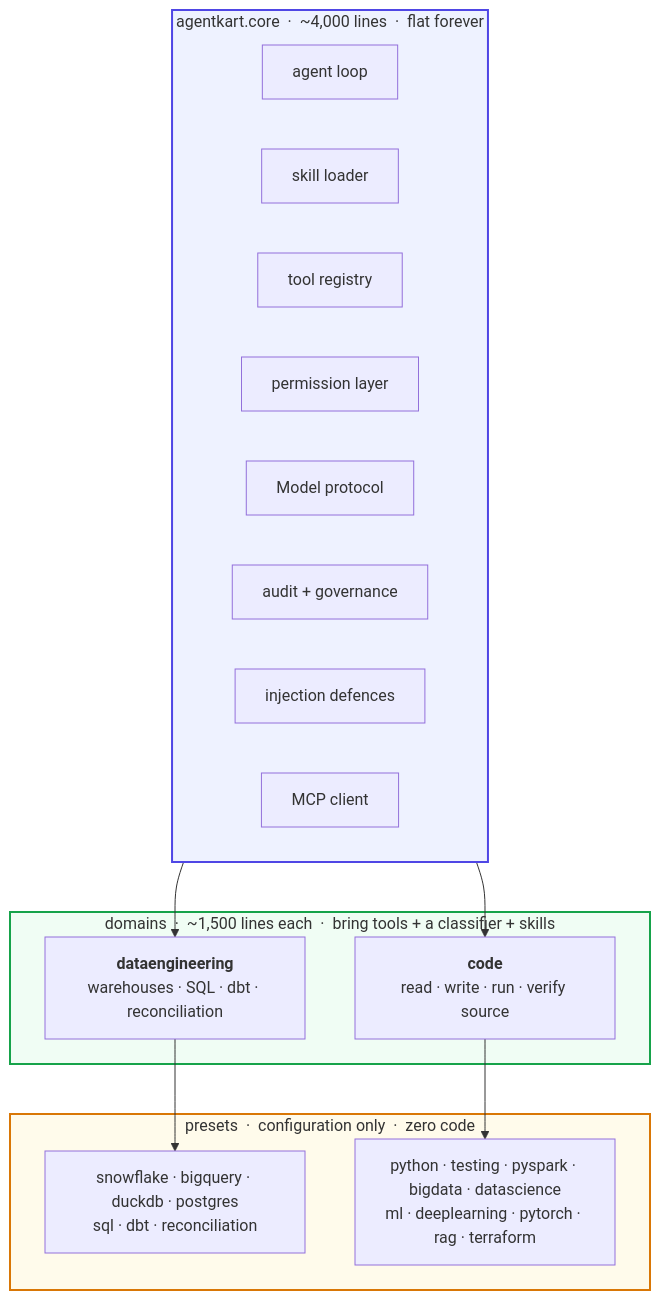
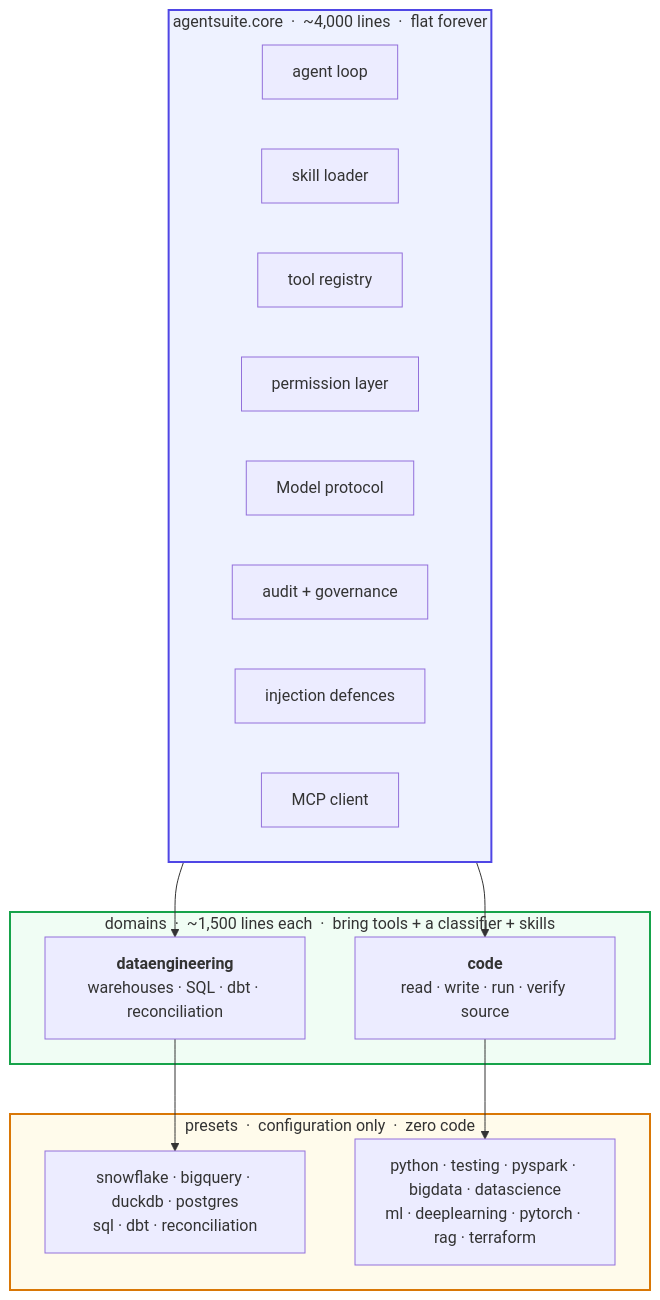
One commit to sumit-gupta03/agentsuite changed the first of 7 diagrams in README.md. Above: the diagram before and after it, drawn with Mermaid. The commit also changed other lines of this file and 130 other files, not shown here.

First line of the commit message:
Rename the package from agentkart to agentsuite

````diff
--- a/README.md
+++ b/README.md
@@ -50,32 +50,32 @@
 ```mermaid
 graph TD
-    subgraph core["agentkart.core &nbsp;·&nbsp; ~4,000 lines &nbsp;·&nbsp; flat forever"]
+    subgraph core["agentsuite.core &nbsp;·&nbsp; ~4,000 lines &nbsp;·&nbsp; flat forever"]
         LOOP[agent loop]
         SKILLS[skill loader]
         TOOLS[tool registry]
         POLICY[permission layer]
         MODEL[Model protocol]
         AUDIT[audit + governance]
         UNTRUSTED[injection defences]
         MCP[MCP client]
     end
 
     subgraph domains["domains &nbsp;·&nbsp; ~1,500 lines each &nbsp;·&nbsp; bring tools + a classifier + skills"]
         DE["<b>dataengineering</b><br/>warehouses · SQL · dbt · reconciliation"]
         CODE["<b>code</b><br/>read · write · run · verify source"]
     end
 
     subgraph presets["presets &nbsp;·&nbsp; configuration only &nbsp;·&nbsp; zero code"]
         P1["snowflake · bigquery · duckdb · postgres<br/>sql · dbt · reconciliation"]
         P2["python · testing · pyspark · bigdata · datascience<br/>ml · deeplearning · pytorch · rag · terraform"]
     end
 
     core --> DE
     core --> CODE
     DE --> P1
     CODE --> P2
 
     style core fill:#eef2ff,stroke:#4f46e5,stroke-width:2px
     style domains fill:#f0fdf4,stroke:#16a34a,stroke-width:2px
     style presets fill:#fffbeb,stroke:#d97706,stroke-width:2px
 ```
````
